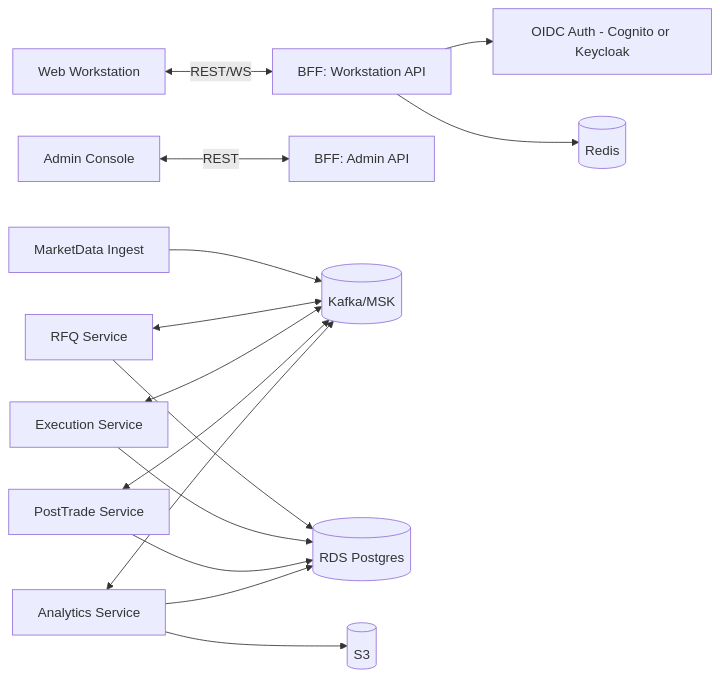
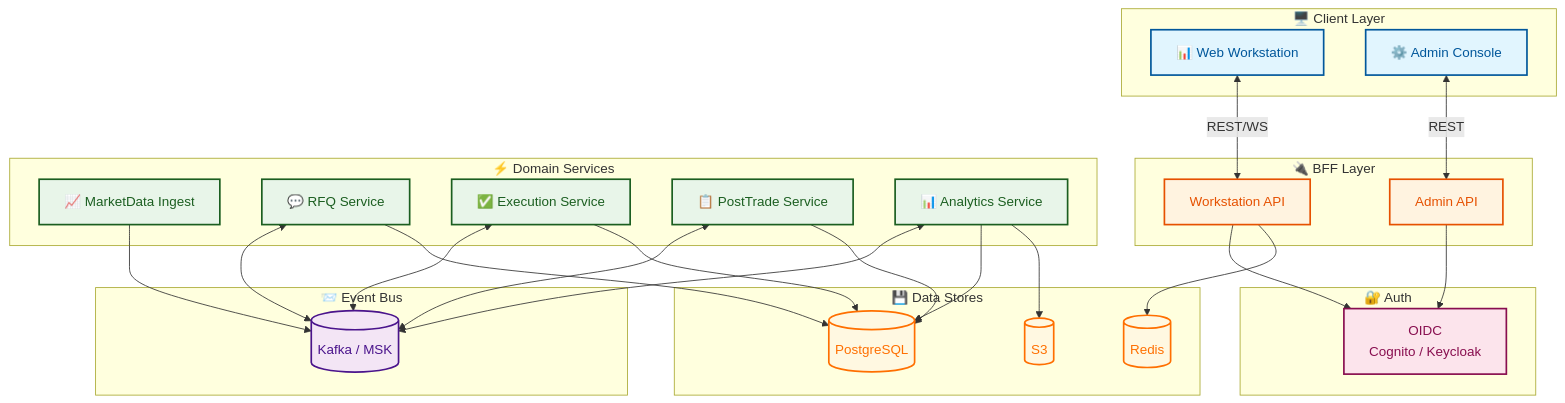
One commit to oladejiayo/Orion changed the diagram in README.md. Above: the diagram before and after it, drawn with Mermaid. The commit also changed 1 other file, not shown here.

Commit message:
style: enhance Mermaid diagrams with colors, subgraphs, emojis, and better organization

````diff
--- a/README.md
+++ b/README.md
@@ -82,22 +82,59 @@
 ```mermaid
-flowchart LR
-  UI[Web Workstation] <-->|REST/WS| BFF[BFF: Workstation API]
-  UI2[Admin Console] <-->|REST| BFF_ADMIN[BFF: Admin API]
-  BFF --> AUTH[OIDC Auth - Cognito or Keycloak]
+flowchart TB
+  subgraph clients[" 🖥️ Client Layer"]
+    UI["📊 Web Workstation"]
+    UI2["⚙️ Admin Console"]
+  end
 
-  MDING[MarketData Ingest] --> BUS[(Kafka/MSK)]
-  RFQ[RFQ Service] <--> BUS
-  EXEC[Execution Service] <--> BUS
-  POST[PostTrade Service] <--> BUS
-  ANA[Analytics Service] <--> BUS
+  subgraph bff[" 🔌 BFF Layer"]
+    BFF["Workstation API"]
+    BFF_ADMIN["Admin API"]
+  end
 
-  PSQL[(RDS Postgres)]
-  REDIS[(Redis)]
-  S3[(S3)]
-  RFQ --> PSQL
-  EXEC --> PSQL
-  POST --> PSQL
-  ANA --> PSQL
+  subgraph auth[" 🔐 Auth"]
+    AUTH["OIDC\nCognito / Keycloak"]
+  end
+
+  subgraph services[" ⚡ Domain Services"]
+    MDING["📈 MarketData Ingest"]
+    RFQ["💬 RFQ Service"]
+    EXEC["✅ Execution Service"]
+    POST["📋 PostTrade Service"]
+    ANA["📊 Analytics Service"]
+  end
+
+  subgraph messaging[" 📨 Event Bus"]
+    BUS[("Kafka / MSK")]
+  end
+
+  subgraph data[" 💾 Data Stores"]
+    PSQL[("PostgreSQL")]
+    REDIS[("Redis")]
+    S3[("S3")]
+  end
+
+  UI <-->|REST/WS| BFF
+  UI2 <-->|REST| BFF_ADMIN
+  BFF & BFF_ADMIN --> AUTH
+
+  MDING --> BUS
+  RFQ & EXEC & POST & ANA <--> BUS
+
+  RFQ & EXEC & POST & ANA --> PSQL
   BFF --> REDIS
   ANA --> S3
+
+  classDef clientStyle fill:#e1f5fe,stroke:#01579b,stroke-width:2px,color:#01579b
+  classDef bffStyle fill:#fff3e0,stroke:#e65100,stroke-width:2px,color:#e65100
+  classDef authStyle fill:#fce4ec,stroke:#880e4f,stroke-width:2px,color:#880e4f
+  classDef serviceStyle fill:#e8f5e9,stroke:#1b5e20,stroke-width:2px,color:#1b5e20
+  classDef busStyle fill:#f3e5f5,stroke:#4a148c,stroke-width:2px,color:#4a148c
+  classDef dataStyle fill:#fff8e1,stroke:#ff6f00,stroke-width:2px,color:#ff6f00
+
+  class UI,UI2 clientStyle
+  class BFF,BFF_ADMIN bffStyle
+  class AUTH authStyle
+  class MDING,RFQ,EXEC,POST,ANA serviceStyle
+  class BUS busStyle
+  class PSQL,REDIS,S3 dataStyle
 ```
````
